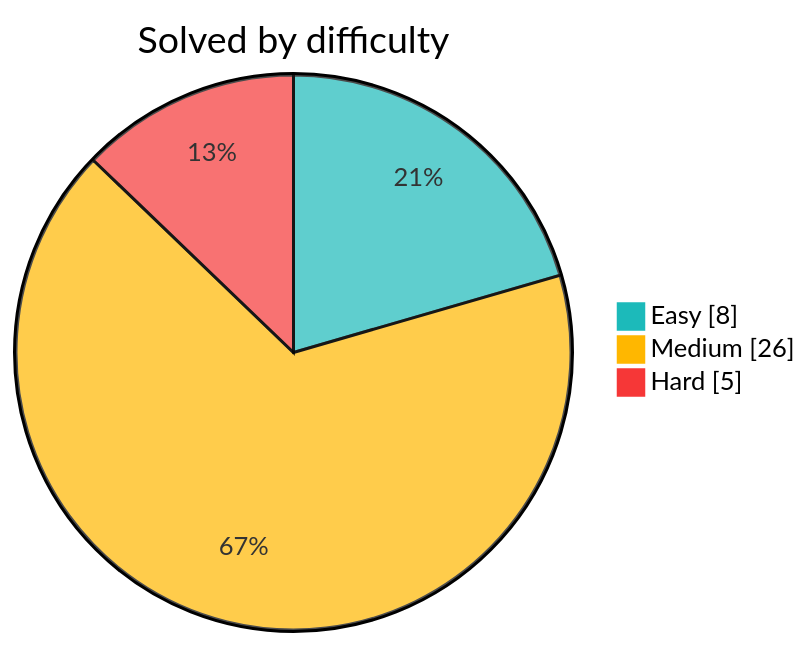
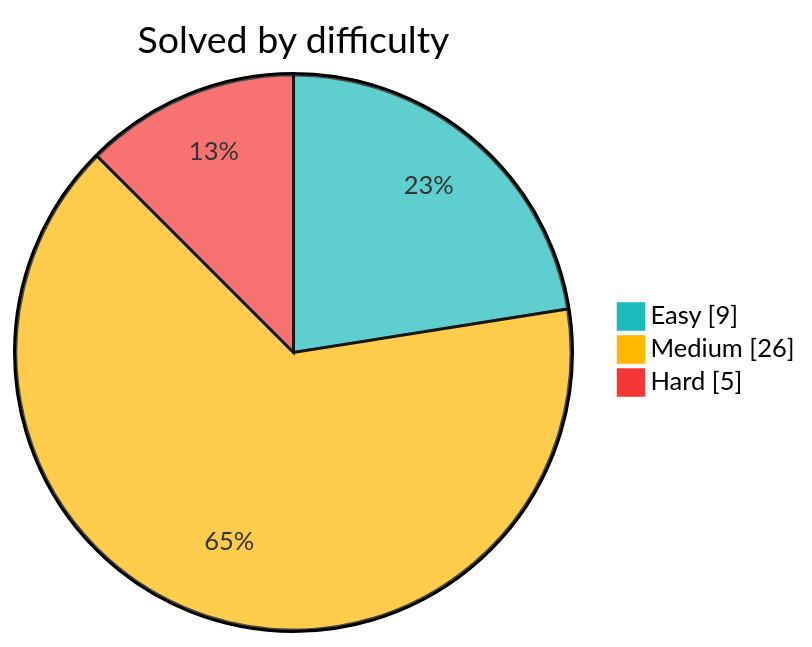
Before and after one commit to Sekler09/algorithms: the diagram in README.md, drawn with Mermaid. The commit also changed other lines of this file and 3 other files, not shown here.

````diff
--- a/README.md
+++ b/README.md
@@ -9,8 +9,8 @@
 ```mermaid
 %%{init: {"themeVariables": {"pie1": "#1cbaba", "pie2": "#ffb700", "pie3": "#f63737"}}}%%
 pie showData
     title Solved by difficulty
-    "Easy" : 8
+    "Easy" : 9
     "Medium" : 26
     "Hard" : 5
 ```
````
